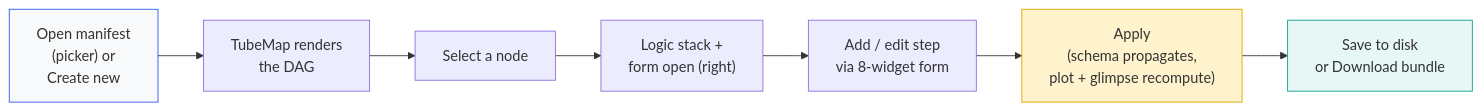
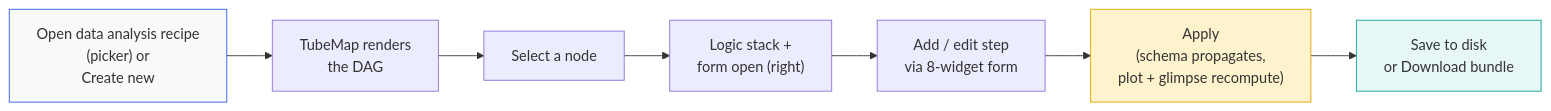
One commit to evezeyl/SPARMVET_VIZ changed the second of 3 diagrams in docs/workflows/blueprint_architect.qmd. Above: the diagram before and after it, drawn with Mermaid. The commit also changed other lines of this file and 647 other files, not shown here.

First line of the commit message:
refactor(config): rename manifest to data analysis recipe in code, files and docs

````diff
--- a/docs/workflows/blueprint_architect.qmd
+++ b/docs/workflows/blueprint_architect.qmd
@@ -92,13 +92,13 @@
 ```mermaid
 graph LR
-    A["Open manifest<br/>(picker) or<br/>Create new"] --> B["TubeMap renders<br/>the DAG"]
+    A["Open data analysis recipe<br/>(picker) or<br/>Create new"] --> B["TubeMap renders<br/>the DAG"]
     B --> C["Select a node"]
     C --> D["Logic stack +<br/>form open (right)"]
     D --> E["Add / edit step<br/>via 8-widget form"]
     E --> F["Apply<br/>(schema propagates,<br/>plot + glimpse recompute)"]
     F --> G["Save to disk<br/>or Download bundle"]
 
     style A fill:#f8f9fa,stroke:#345beb
     style F fill:#fff3cd,stroke:#e0a800
     style G fill:#e6f7f5,stroke:#10a395
 ```
````
